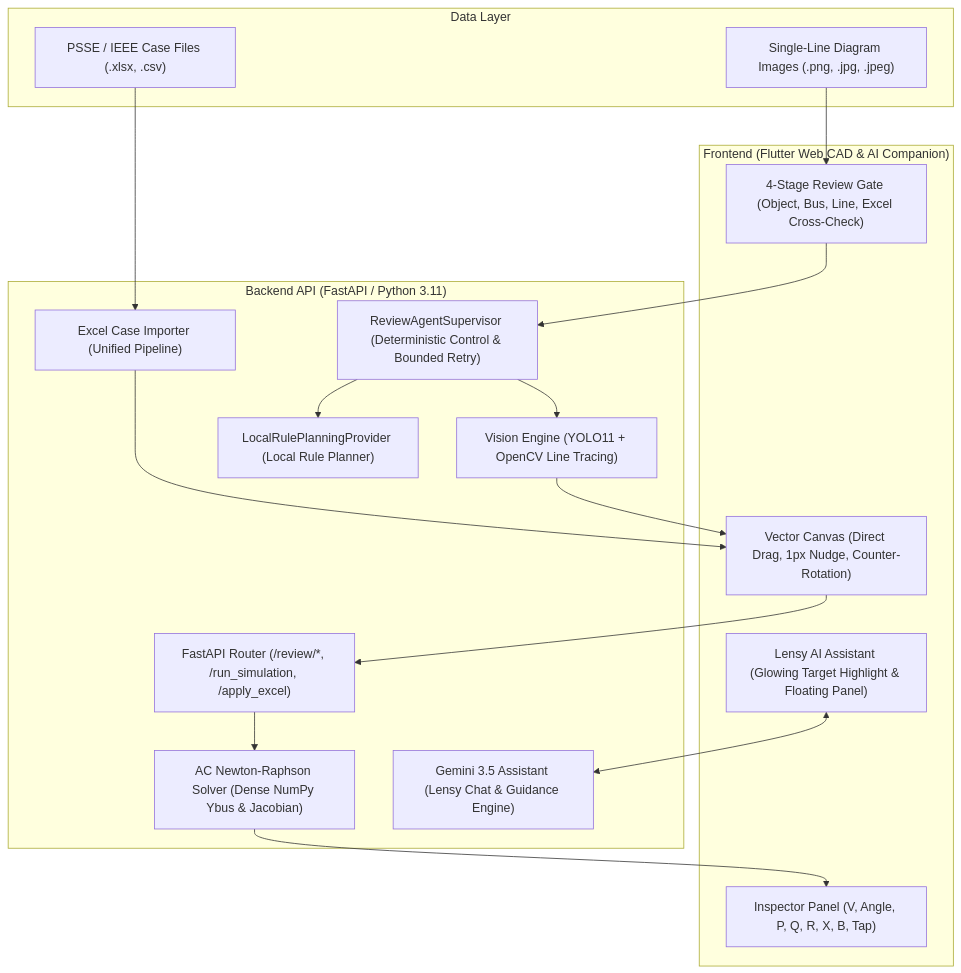
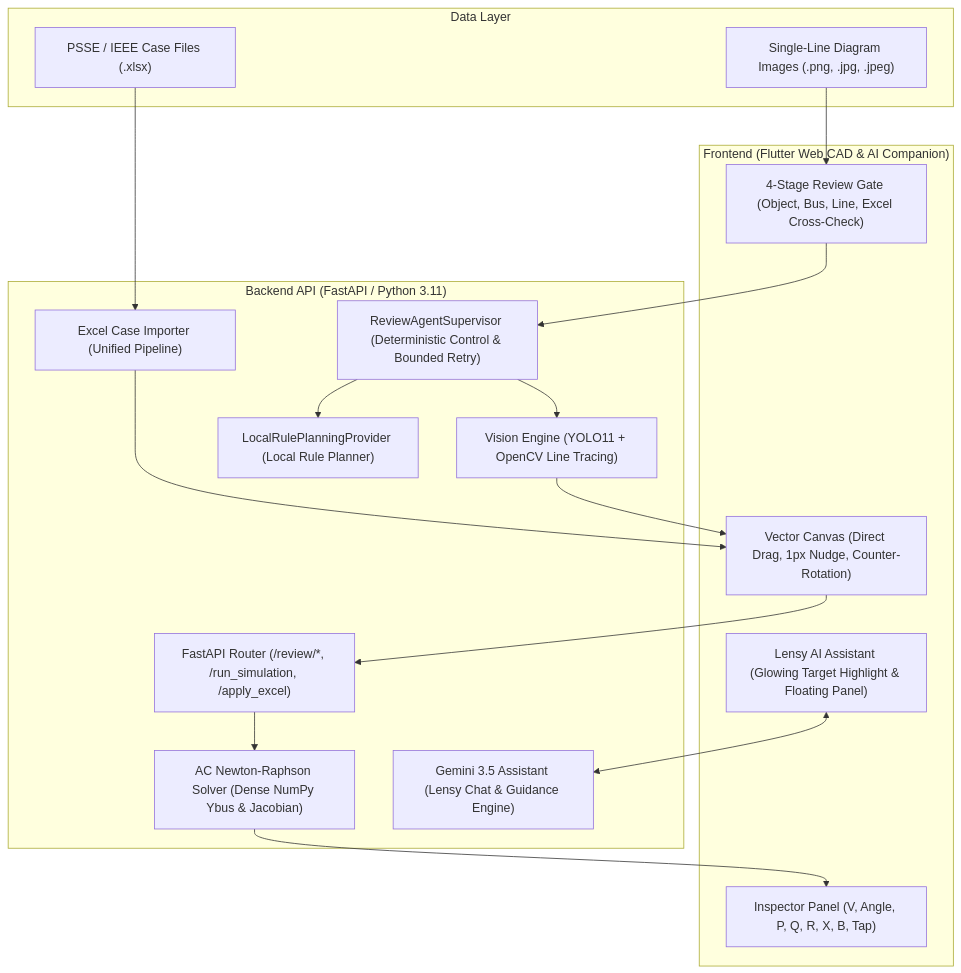
The diagram in README.md (dptjddl285-ship-it/Powerflow-calculator), drawn with Mermaid before and after one commit. The commit also changed other lines of this file and 3 other files, not shown here.

````diff
--- a/README.md
+++ b/README.md
@@ -111,36 +111,36 @@
 ```mermaid
 flowchart TB
     subgraph Client ["Frontend (Flutter Web CAD & AI Companion)"]
         UI["Vector Canvas (Direct Drag, 1px Nudge, Counter-Rotation)"]
         Review["4-Stage Review Gate (Object, Bus, Line, Excel Cross-Check)"]
         Inspector["Inspector Panel (V, Angle, P, Q, R, X, B, Tap)"]
         Lensy["Lensy AI Assistant (Glowing Target Highlight & Floating Panel)"]
     end
 
     subgraph Server ["Backend API (FastAPI / Python 3.11)"]
         Router["FastAPI Router (/review/*, /run_simulation, /apply_excel)"]
         Supervisor["ReviewAgentSupervisor (Deterministic Control & Bounded Retry)"]
         Planner["LocalRulePlanningProvider (Local Rule Planner)"]
         Agent["Gemini 3.5 Assistant (Lensy Chat & Guidance Engine)"]
         CV["Vision Engine (YOLO11 + OpenCV Line Tracing)"]
         Importer["Excel Case Importer (Unified Pipeline)"]
         Solver["AC Newton-Raphson Solver (Dense NumPy Ybus & Jacobian)"]
     end
 
     subgraph Data ["Data Layer"]
-        Excel["PSSE / IEEE Case Files (.xlsx, .csv)"]
+        Excel["PSSE / IEEE Case Files (.xlsx)"]
         Diagram["Single-Line Diagram Images (.png, .jpg, .jpeg)"]
     end
 
     Diagram --> Review
     Review --> Supervisor
     Supervisor --> Planner
     Supervisor --> CV
     Lensy <--> Agent
     Excel --> Importer
     CV --> UI
     Importer --> UI
     UI --> Router
     Router --> Solver
     Solver --> Inspector
 ```
````
